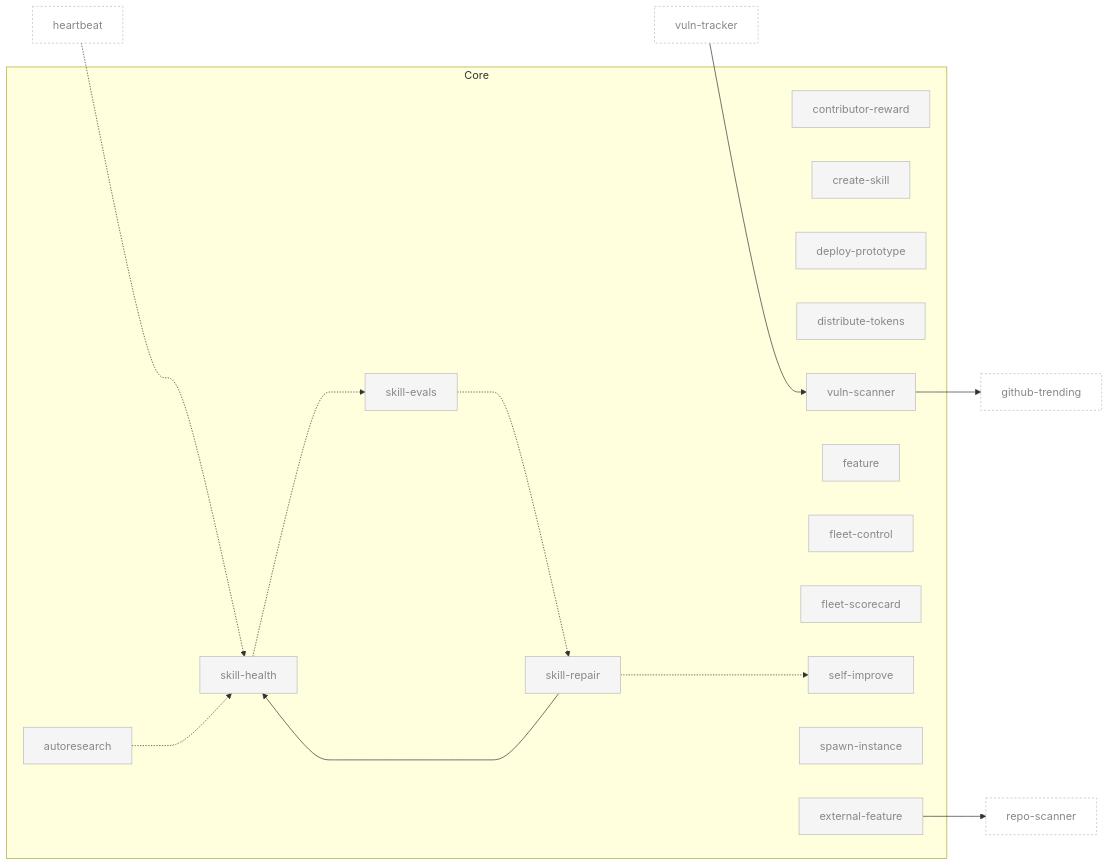
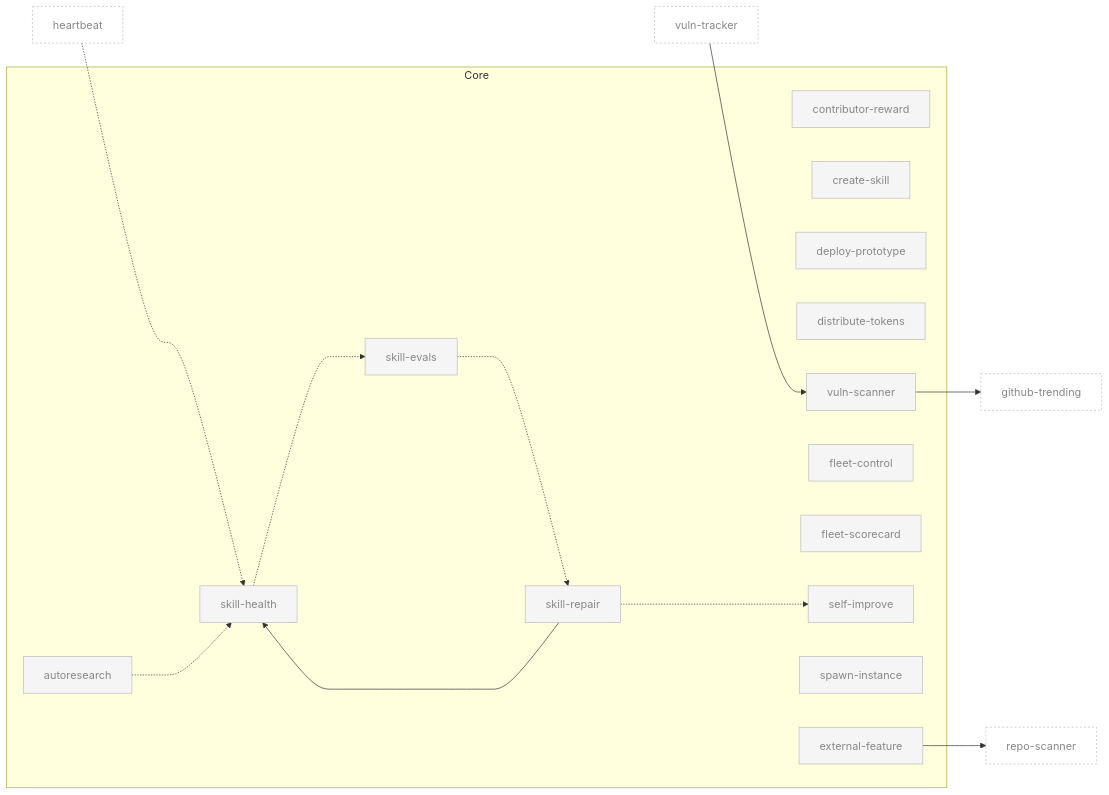
Before and after one commit to aeonfun/aeon: the third of 10 diagrams in docs/skill-graph.md, drawn with Mermaid. The commit also changed other lines of this file and 1 other file, not shown here.

First line of the commit message:
docs: refresh skill gallery + prune skill-graph of deleted skills

````diff
--- a/docs/skill-graph.md
+++ b/docs/skill-graph.md
@@ -94,58 +94,56 @@
 ```mermaid
 flowchart LR
     subgraph core ["Core"]
         autoresearch[autoresearch]
         contributor-reward[contributor-reward]
         create-skill[create-skill]
         deploy-prototype[deploy-prototype]
         distribute-tokens[distribute-tokens]
         external-feature[external-feature]
-        feature[feature]
         fleet-control[fleet-control]
         fleet-scorecard[fleet-scorecard]
         self-improve[self-improve]
         skill-evals[skill-evals]
         skill-health[skill-health]
         skill-repair[skill-repair]
         spawn-instance[spawn-instance]
         vuln-scanner[vuln-scanner]
     end
 
     github-trending[github-trending]:::external
     heartbeat[heartbeat]:::external
     repo-scanner[repo-scanner]:::external
     vuln-tracker[vuln-tracker]:::external
 
     skill-repair --> skill-health
     external-feature --> repo-scanner
     vuln-scanner --> github-trending
     vuln-tracker --> vuln-scanner
     heartbeat -..-> skill-health
     skill-health -..-> skill-evals
     skill-evals -..-> skill-repair
     skill-repair -..-> self-improve
     autoresearch -..-> skill-health
 
     classDef default fill:#f5f5f5,stroke:#bbb,color:#888
     classDef enabled fill:#fff,stroke:#000,stroke-width:2px,color:#000
     classDef external fill:none,stroke:#bbb,stroke-dasharray:3 3,color:#888
     click autoresearch "../skills/autoresearch/SKILL.md"
     click contributor-reward "../skills/contributor-reward/SKILL.md"
     click create-skill "../skills/create-skill/SKILL.md"
     click deploy-prototype "../skills/deploy-prototype/SKILL.md"
     click distribute-tokens "../skills/distribute-tokens/SKILL.md"
     click external-feature "../skills/external-feature/SKILL.md"
-    click feature "../skills/feature/SKILL.md"
     click fleet-control "../skills/fleet-control/SKILL.md"
     click fleet-scorecard "../skills/fleet-scorecard/SKILL.md"
     click self-improve "../skills/self-improve/SKILL.md"
     click skill-evals "../skills/skill-evals/SKILL.md"
     click skill-health "../skills/skill-health/SKILL.md"
     click skill-repair "../skills/skill-repair/SKILL.md"
     click spawn-instance "../skills/spawn-instance/SKILL.md"
     click vuln-scanner "../skills/vuln-scanner/SKILL.md"
     click github-trending "../skills/github-trending/SKILL.md"
     click heartbeat "../skills/heartbeat/SKILL.md"
     click repo-scanner "../skills/repo-scanner/SKILL.md"
     click vuln-tracker "../skills/vuln-tracker/SKILL.md"
 ```
````
